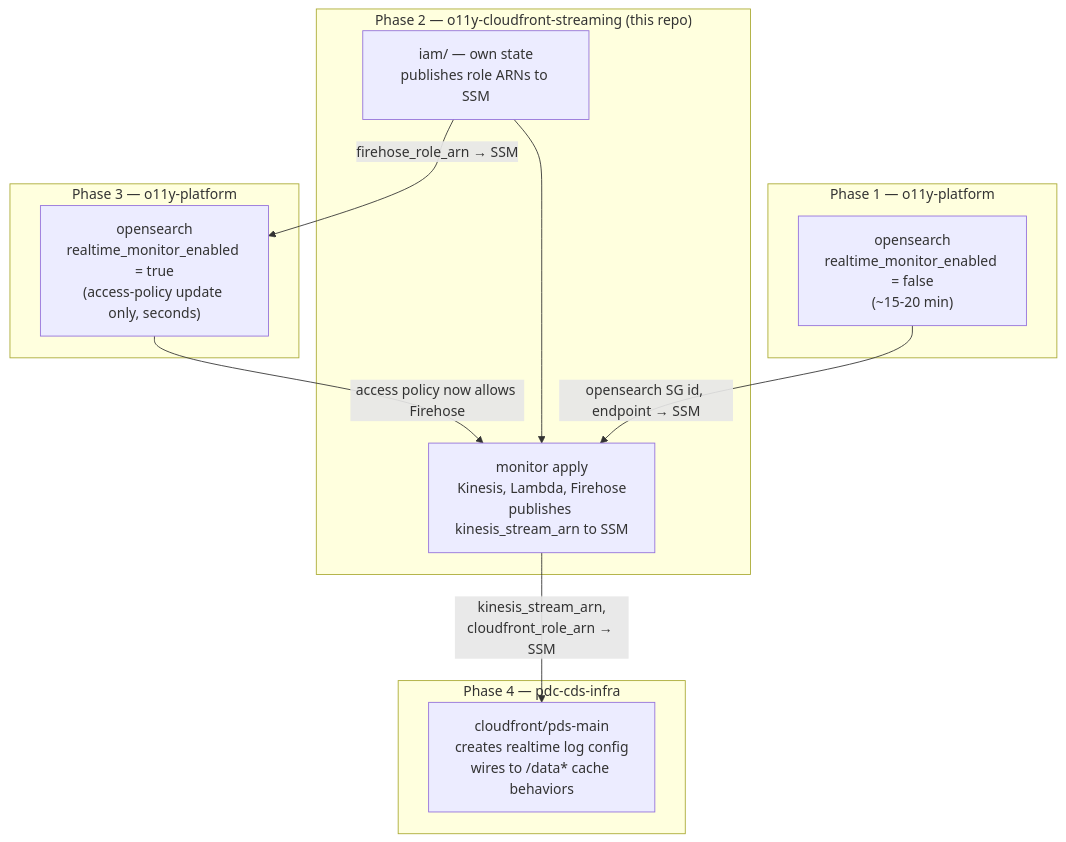
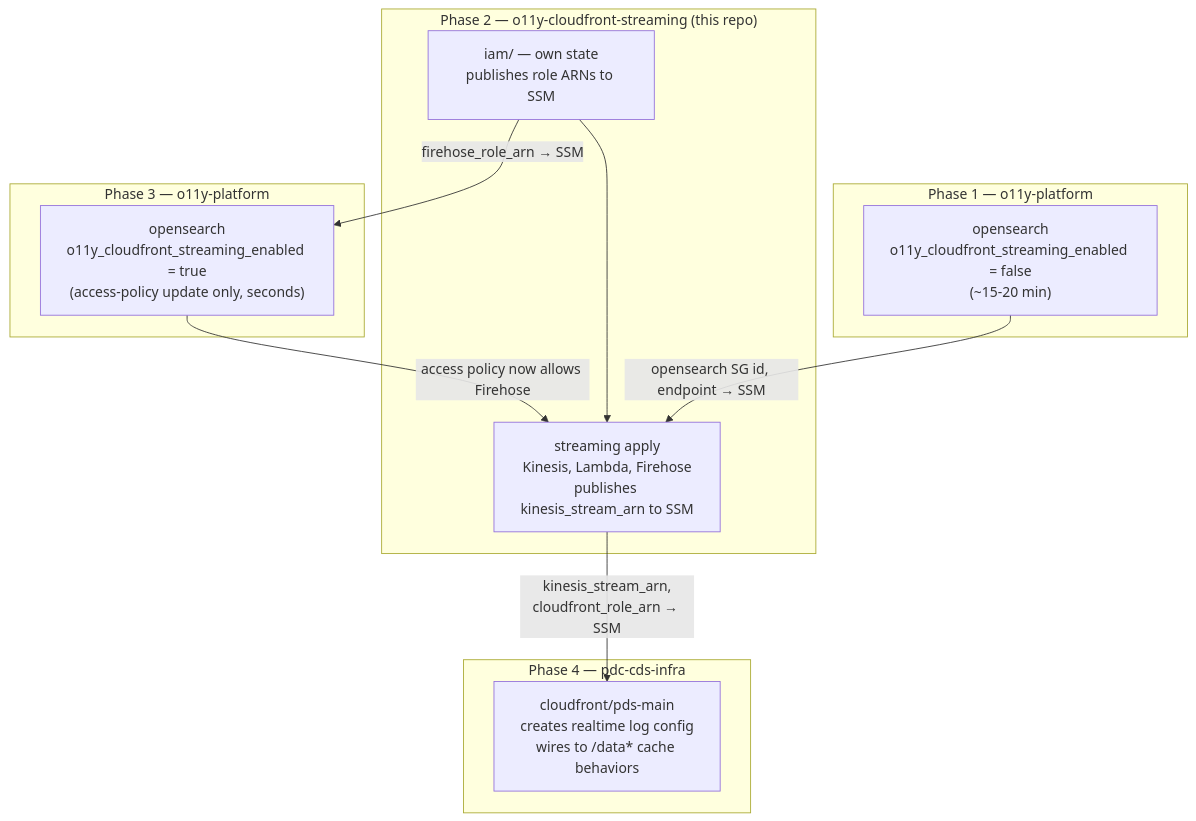
Before and after one commit to NASA-PDS/o11y-cloudfront-streaming: the second of 2 diagrams in terraform/README.md, drawn with Mermaid. The commit also changed other lines of this file and 4 other files, not shown here.

First line of the commit message:
Rename monitor:* Task namespace and state key to streaming naming

````diff
--- a/terraform/README.md
+++ b/terraform/README.md
@@ -64,25 +64,25 @@
 ```mermaid
 flowchart TD
     subgraph p1["Phase 1 — o11y-platform"]
-        OS1["opensearch\nrealtime_monitor_enabled = false\n(~15-20 min)"]
+        OS1["opensearch\no11y_cloudfront_streaming_enabled = false\n(~15-20 min)"]
     end
 
     subgraph p2["Phase 2 — o11y-cloudfront-streaming (this repo)"]
         CFIAM["iam/ — own state\npublishes role ARNs to SSM"]
-        CFMAIN["monitor apply\nKinesis, Lambda, Firehose\npublishes kinesis_stream_arn to SSM"]
+        CFMAIN["streaming apply\nKinesis, Lambda, Firehose\npublishes kinesis_stream_arn to SSM"]
         CFIAM --> CFMAIN
     end
 
     subgraph p3["Phase 3 — o11y-platform"]
-        OS2["opensearch\nrealtime_monitor_enabled = true\n(access-policy update only, seconds)"]
+        OS2["opensearch\no11y_cloudfront_streaming_enabled = true\n(access-policy update only, seconds)"]
     end
 
     subgraph p4["Phase 4 — pdc-cds-infra"]
         CF["cloudfront/pds-main\ncreates realtime log config\nwires to /data* cache behaviors"]
     end
 
     OS1 -->|"opensearch SG id, endpoint → SSM"| CFMAIN
     CFIAM -->|"firehose_role_arn → SSM"| OS2
     CFMAIN -->|"kinesis_stream_arn,\ncloudfront_role_arn → SSM"| CF
     OS2 -->|"access policy now allows Firehose"| CFMAIN
 ```
````
